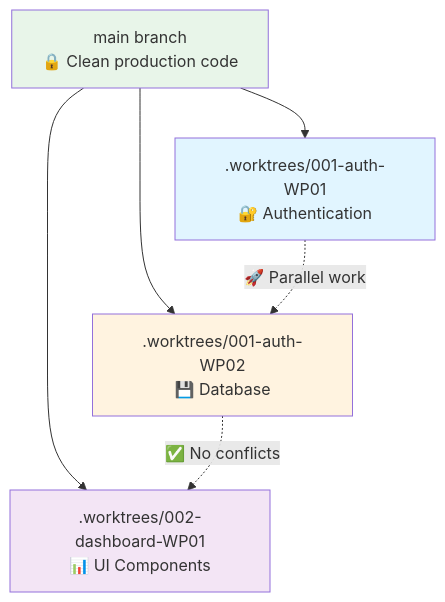
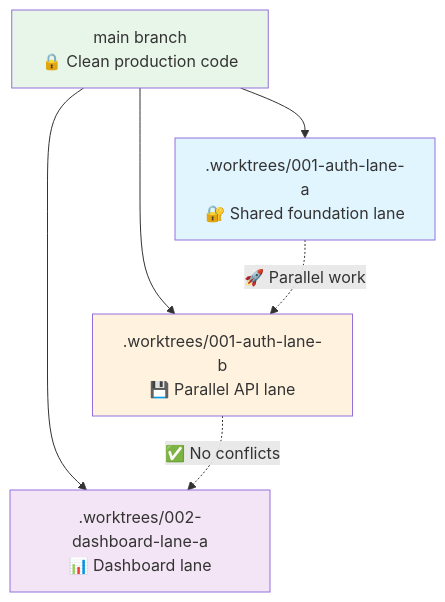
Before and after one commit to Priivacy-ai/spec-kitty: the fourth of 4 diagrams in README.md, drawn with Mermaid. The commit also changed other lines of this file and 60 other files, not shown here.

````diff
--- a/README.md
+++ b/README.md
@@ -1020,19 +1020,19 @@
 ```mermaid
 graph TD
     Main[main branch<br/>🔒 Clean production code]
-    WT1[.worktrees/001-auth-WP01<br/>🔐 Authentication]
-    WT2[.worktrees/001-auth-WP02<br/>💾 Database]
-    WT3[.worktrees/002-dashboard-WP01<br/>📊 UI Components]
+    WT1[.worktrees/001-auth-lane-a<br/>🔐 Shared foundation lane]
+    WT2[.worktrees/001-auth-lane-b<br/>💾 Parallel API lane]
+    WT3[.worktrees/002-dashboard-lane-a<br/>📊 Dashboard lane]
 
     Main --> WT1
     Main --> WT2
     Main --> WT3
 
     WT1 -.->|🚀 Parallel work| WT2
     WT2 -.->|✅ No conflicts| WT3
 
     style Main fill:#e8f5e9
     style WT1 fill:#e1f5ff
     style WT2 fill:#fff3e0
     style WT3 fill:#f3e5f5
 ```
````
